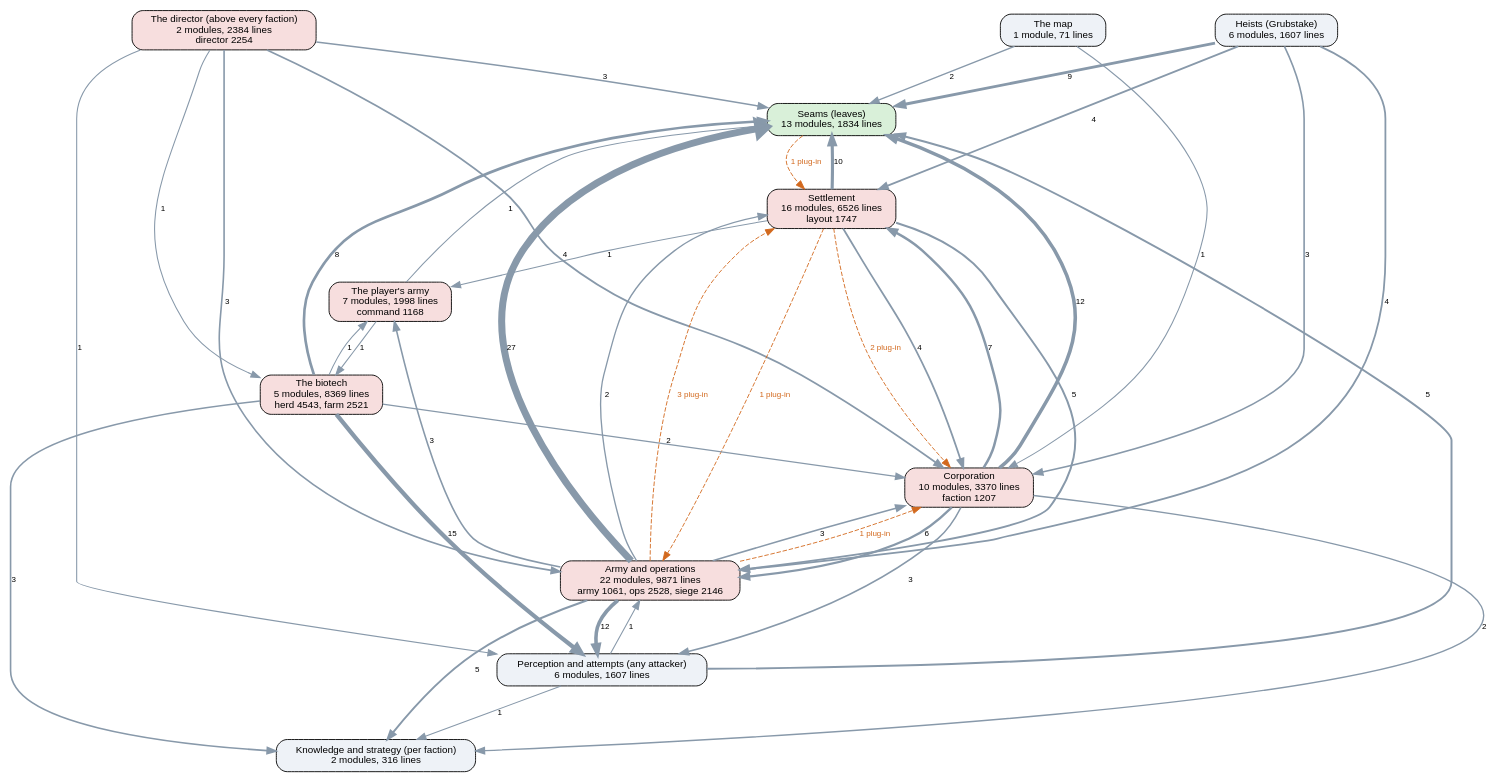
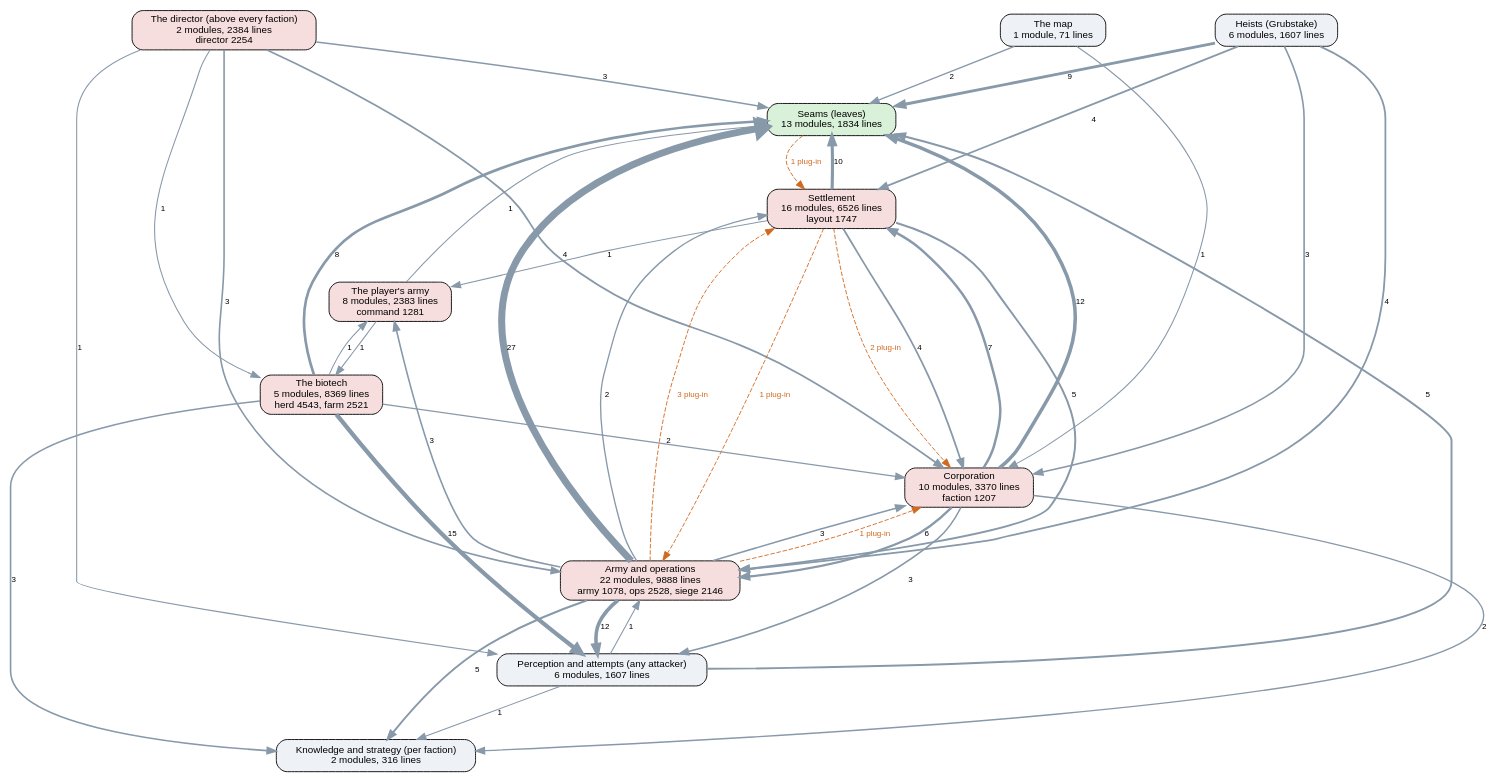
The diagram in docs/ai-layers.dot (kinelhu/landing-party), drawn with Graphviz before and after one commit. The commit also changed 30 other files, not shown here.

```diff
--- a/docs/ai-layers.dot
+++ b/docs/ai-layers.dot
@@ -1,57 +1,57 @@
 digraph layers {
   graph [rankdir=TB, fontname="Helvetica", nodesep=0.5, ranksep=0.7];
   node [shape=box, style="rounded,filled", fontname="Helvetica", fontsize=11, fillcolor="#eef2f7"];
   edge [color="#8899aa", fontname="Helvetica", fontsize=9];
   "Seams (leaves)" [label="Seams (leaves)\n13 modules, 1834 lines", fillcolor="#d9f0d9"];
   "Perception and attempts (any attacker)" [label="Perception and attempts (any attacker)\n6 modules, 1607 lines", fillcolor="#eef2f7"];
   "Knowledge and strategy (per faction)" [label="Knowledge and strategy (per faction)\n2 modules, 316 lines", fillcolor="#eef2f7"];
   "The director (above every faction)" [label="The director (above every faction)\n2 modules, 2384 lines\ndirector 2254", fillcolor="#f7dede"];
   "Corporation" [label="Corporation\n10 modules, 3370 lines\nfaction 1207", fillcolor="#f7dede"];
   "Settlement" [label="Settlement\n16 modules, 6526 lines\nlayout 1747", fillcolor="#f7dede"];
-  "Army and operations" [label="Army and operations\n22 modules, 9871 lines\narmy 1061, ops 2528, siege 2146", fillcolor="#f7dede"];
+  "Army and operations" [label="Army and operations\n22 modules, 9888 lines\narmy 1078, ops 2528, siege 2146", fillcolor="#f7dede"];
   "Heists (Grubstake)" [label="Heists (Grubstake)\n6 modules, 1607 lines", fillcolor="#eef2f7"];
   "The biotech" [label="The biotech\n5 modules, 8369 lines\nherd 4543, farm 2521", fillcolor="#f7dede"];
   "The map" [label="The map\n1 module, 71 lines", fillcolor="#eef2f7"];
-  "The player's army" [label="The player's army\n7 modules, 1998 lines\ncommand 1168", fillcolor="#f7dede"];
+  "The player's army" [label="The player's army\n8 modules, 2383 lines\ncommand 1281", fillcolor="#f7dede"];
   "Army and operations" -> "Corporation" [label="3", penwidth=1.8];
   "Army and operations" -> "Knowledge and strategy (per faction)" [label="5", penwidth=2.2];
   "Army and operations" -> "Perception and attempts (any attacker)" [label="12", penwidth=4.0];
   "Army and operations" -> "Seams (leaves)" [label="27", penwidth=7.8];
   "Army and operations" -> "Settlement" [label="2", penwidth=1.5];
   "Army and operations" -> "The player's army" [label="3", penwidth=1.8];
   "Corporation" -> "Army and operations" [label="6", penwidth=2.5];
   "Corporation" -> "Knowledge and strategy (per faction)" [label="2", penwidth=1.5];
   "Corporation" -> "Perception and attempts (any attacker)" [label="3", penwidth=1.8];
   "Corporation" -> "Seams (leaves)" [label="12", penwidth=4.0];
   "Corporation" -> "Settlement" [label="7", penwidth=2.8];
   "Heists (Grubstake)" -> "Army and operations" [label="4", penwidth=2.0];
   "Heists (Grubstake)" -> "Corporation" [label="3", penwidth=1.8];
   "Heists (Grubstake)" -> "Seams (leaves)" [label="9", penwidth=3.2];
   "Heists (Grubstake)" -> "Settlement" [label="4", penwidth=2.0];
   "Perception and attempts (any attacker)" -> "Army and operations" [label="1", penwidth=1.2];
   "Perception and attempts (any attacker)" -> "Knowledge and strategy (per faction)" [label="1", penwidth=1.2];
   "Perception and attempts (any attacker)" -> "Seams (leaves)" [label="5", penwidth=2.2];
   "Settlement" -> "Army and operations" [label="5", penwidth=2.2];
   "Settlement" -> "Corporation" [label="4", penwidth=2.0];
   "Settlement" -> "Seams (leaves)" [label="10", penwidth=3.5];
   "Settlement" -> "The player's army" [label="1", penwidth=1.2];
   "The biotech" -> "Corporation" [label="2", penwidth=1.5];
   "The biotech" -> "Knowledge and strategy (per faction)" [label="3", penwidth=1.8];
   "The biotech" -> "Perception and attempts (any attacker)" [label="15", penwidth=4.8];
   "The biotech" -> "Seams (leaves)" [label="8", penwidth=3.0];
   "The biotech" -> "The player's army" [label="1", penwidth=1.2];
   "The director (above every faction)" -> "Army and operations" [label="3", penwidth=1.8];
   "The director (above every faction)" -> "Corporation" [label="4", penwidth=2.0];
   "The director (above every faction)" -> "Perception and attempts (any attacker)" [label="1", penwidth=1.2];
   "The director (above every faction)" -> "Seams (leaves)" [label="3", penwidth=1.8];
   "The director (above every faction)" -> "The biotech" [label="1", penwidth=1.2];
   "The map" -> "Corporation" [label="1", penwidth=1.2];
   "The map" -> "Seams (leaves)" [label="2", penwidth=1.5];
   "The player's army" -> "Seams (leaves)" [label="1", penwidth=1.2];
   "The player's army" -> "The biotech" [label="1", penwidth=1.2];
   "Army and operations" -> "Corporation" [style=dashed, color="#d2691e", fontcolor="#d2691e", label="1 plug-in"];
   "Army and operations" -> "Settlement" [style=dashed, color="#d2691e", fontcolor="#d2691e", label="3 plug-in"];
   "Seams (leaves)" -> "Settlement" [style=dashed, color="#d2691e", fontcolor="#d2691e", label="1 plug-in"];
   "Settlement" -> "Army and operations" [style=dashed, color="#d2691e", fontcolor="#d2691e", label="1 plug-in"];
   "Settlement" -> "Corporation" [style=dashed, color="#d2691e", fontcolor="#d2691e", label="2 plug-in"];
 }
```
